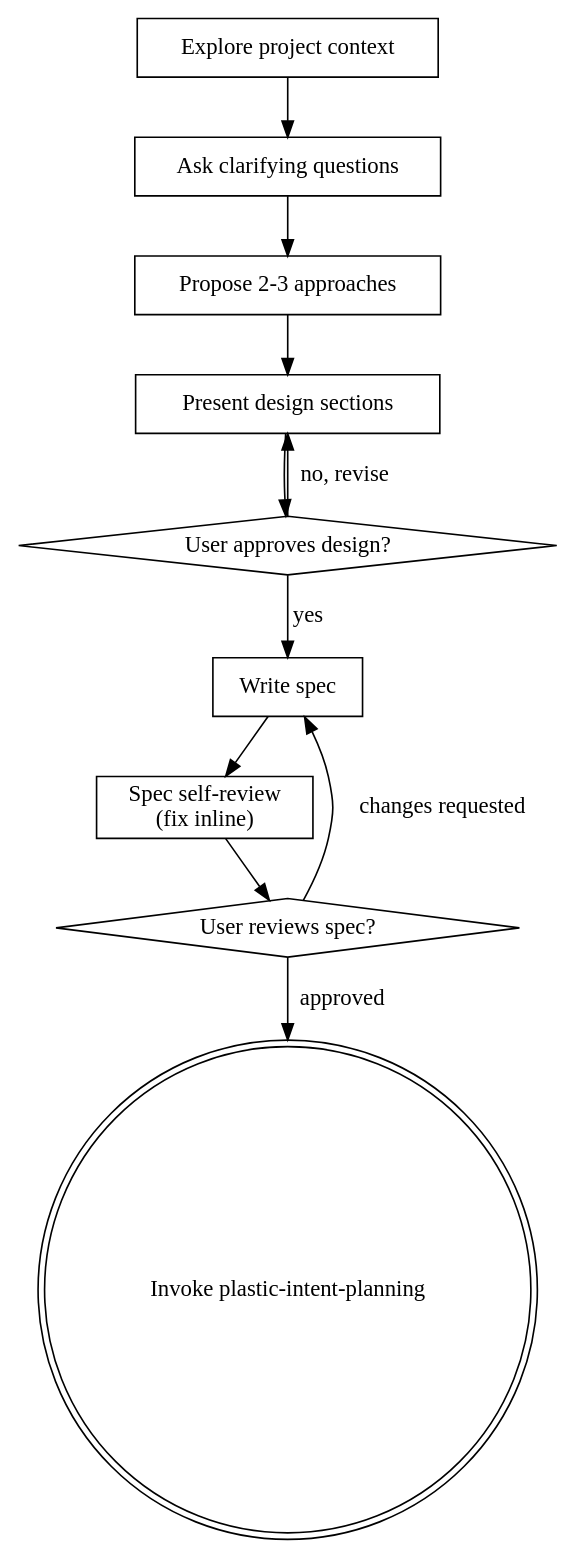
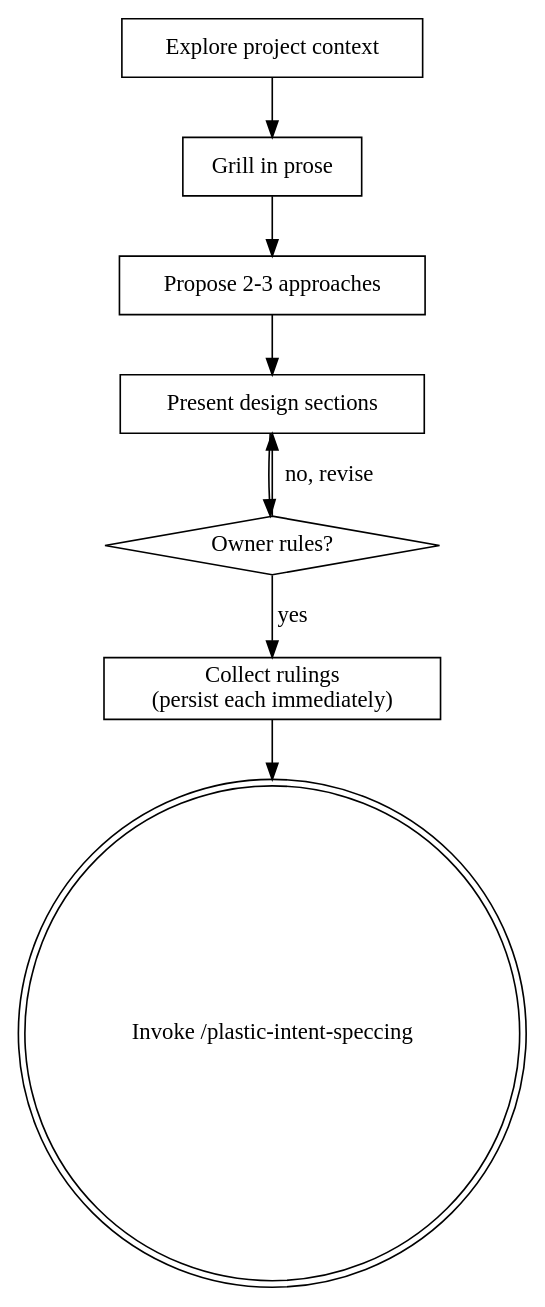
The diagram in skills/intent-brainstorming/references/design-principles.md (zalom/plastic), drawn with Graphviz before and after one commit. The commit also changed other lines of this file and 2 other files, not shown here.

Commit message:
feat(skills): brainstorming grills in prose and hands off to intent-speccing
Rewrites intent-brainstorming so a sonnet-class model runs it deterministically:
drops the "multiple choice preferred" line in favor of conversational prose
questions asked one at a time, adds a Collect rulings loop that persists each
owner ruling immediately via insight-append --stage Why (never batched, with
explicit supersession when a later ruling reverses an earlier one), and removes
the spec-authoring back half (After the Design, Spec Self-Review, User Review
Gate). The terminal state is now a handoff to /plastic-intent-speccing, not
writing spec.md. Adds a Gate position block and a trigger-bound pointer to the
shared decision-tables procedure. Updates the Process Flow diagram in
references/design-principles.md to match.

Extends evals/evals.json with the mandated conflict-supersession case plus
prose-grilling and handoff scenarios (4 evals total, up from 1).

Intent 164.

````diff
--- a/skills/intent-brainstorming/references/design-principles.md
+++ b/skills/intent-brainstorming/references/design-principles.md
@@ -26,24 +26,19 @@
 ```dot
 digraph brainstorming {
     "Explore project context" [shape=box];
-    "Ask clarifying questions" [shape=box];
+    "Grill in prose" [shape=box];
     "Propose 2-3 approaches" [shape=box];
     "Present design sections" [shape=box];
-    "User approves design?" [shape=diamond];
-    "Write spec" [shape=box];
-    "Spec self-review\n(fix inline)" [shape=box];
-    "User reviews spec?" [shape=diamond];
-    "Invoke plastic-intent-planning" [shape=doublecircle];
+    "Owner rules?" [shape=diamond];
+    "Collect rulings\n(persist each immediately)" [shape=box];
+    "Invoke /plastic-intent-speccing" [shape=doublecircle];
 
-    "Explore project context" -> "Ask clarifying questions";
-    "Ask clarifying questions" -> "Propose 2-3 approaches";
+    "Explore project context" -> "Grill in prose";
+    "Grill in prose" -> "Propose 2-3 approaches";
     "Propose 2-3 approaches" -> "Present design sections";
-    "Present design sections" -> "User approves design?";
-    "User approves design?" -> "Present design sections" [label="no, revise"];
-    "User approves design?" -> "Write spec" [label="yes"];
-    "Write spec" -> "Spec self-review\n(fix inline)";
-    "Spec self-review\n(fix inline)" -> "User reviews spec?";
-    "User reviews spec?" -> "Write spec" [label="changes requested"];
-    "User reviews spec?" -> "Invoke plastic-intent-planning" [label="approved"];
+    "Present design sections" -> "Owner rules?";
+    "Owner rules?" -> "Present design sections" [label="no, revise"];
+    "Owner rules?" -> "Collect rulings\n(persist each immediately)" [label="yes"];
+    "Collect rulings\n(persist each immediately)" -> "Invoke /plastic-intent-speccing";
 }
 ```
````
